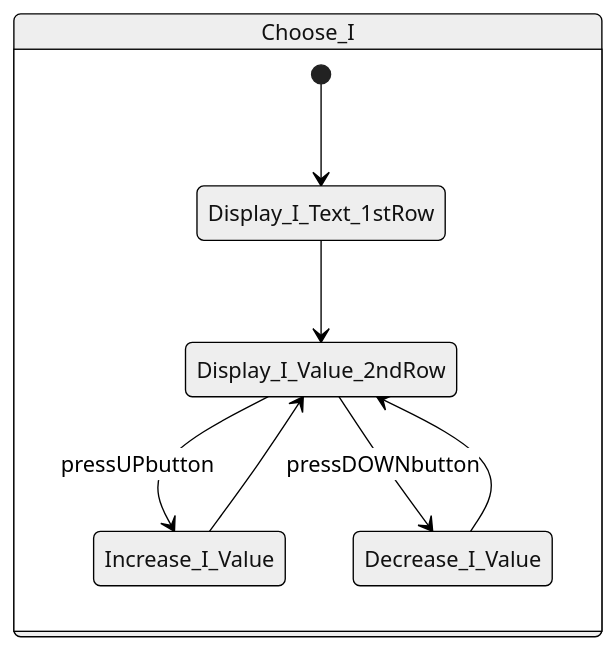
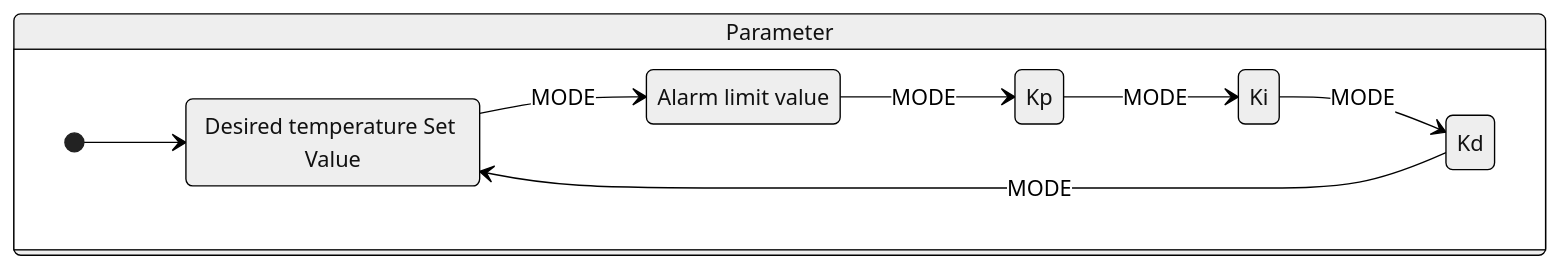
Before and after one commit to sondhg/embedded-control-fsm: the second of 4 diagrams in interface.md, drawn with Mermaid (neutral theme). The commit also changed other lines of this file, not shown here.

Commit message:
refactor interface.md to improve clarity and organization of state diagrams for temperature controller

````diff
--- a/interface.md
+++ b/interface.md
@@ -152,12 +33,14 @@
 ```mermaid
 stateDiagram-v2
-    direction TB
-    state Choose_I {
-        [*] --> Display_I_Text_1stRow
-        Display_I_Text_1stRow --> Display_I_Value_2ndRow
-        Display_I_Value_2ndRow --> Increase_I_Value: pressUPbutton
-        Increase_I_Value --> Display_I_Value_2ndRow
-        Display_I_Value_2ndRow --> Decrease_I_Value: pressDOWNbutton
-        Decrease_I_Value --> Display_I_Value_2ndRow
-        }
+state Parameter {
+    direction LR
+    sv: Desired temperature Set Value
+    av: Alarm limit value
+    [*] --> sv
+    sv --> av: MODE
+    av --> Kp: MODE
+    Kp --> Ki: MODE
+    Ki --> Kd: MODE
+    Kd --> sv: MODE
+}
 ```
````
